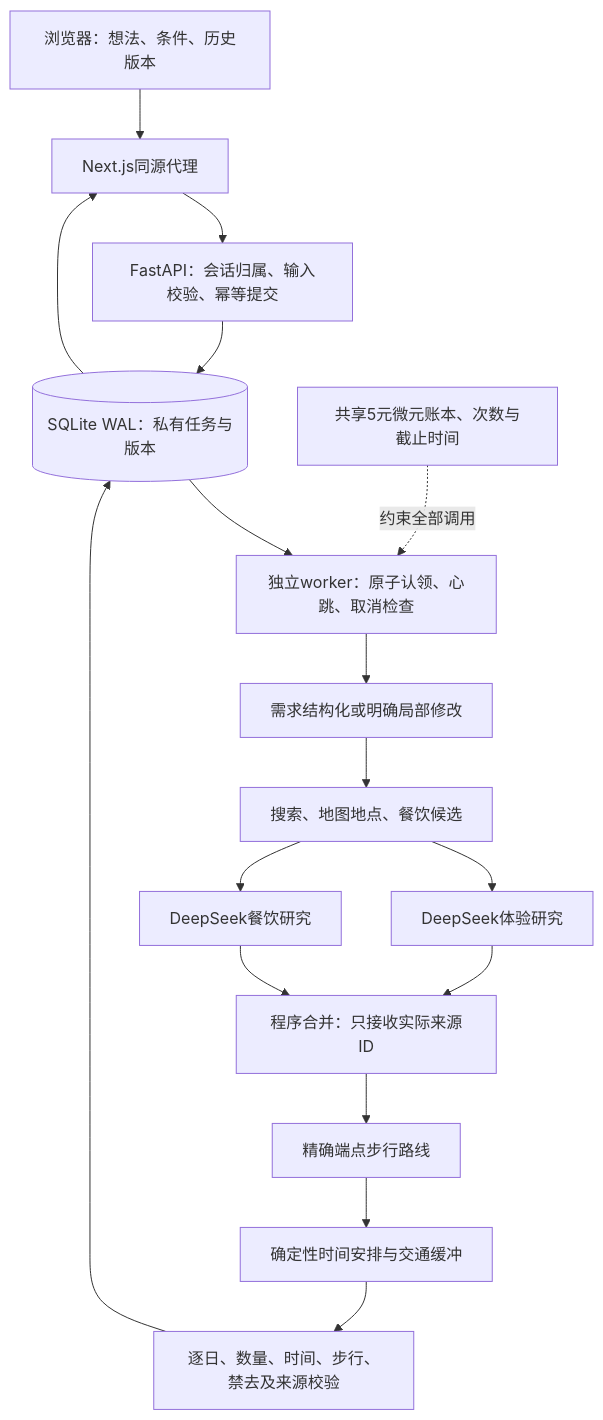
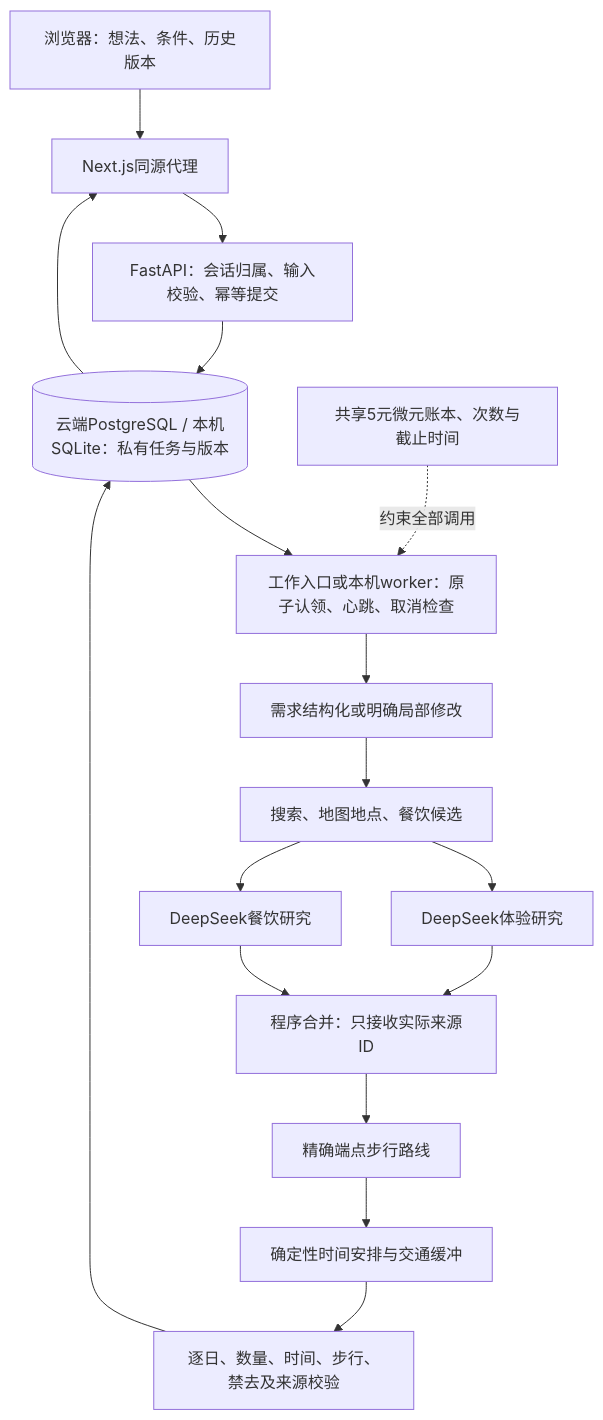
One commit to s1ty0/travel-agent changed the diagram in docs/ARCHITECTURE.md. Above: the diagram before and after it, drawn with Mermaid. The commit also changed other lines of this file and 12 other files, not shown here.

````diff
--- a/docs/ARCHITECTURE.md
+++ b/docs/ARCHITECTURE.md
@@ -5,19 +5,19 @@
 ```mermaid
 flowchart TD
     User[浏览器：想法、条件、历史版本] --> Next[Next.js同源代理]
     Next --> API[FastAPI：会话归属、输入校验、幂等提交]
-    API --> DB[(SQLite WAL：私有任务与版本)]
-    DB --> Worker[独立worker：原子认领、心跳、取消检查]
+    API --> DB[(云端PostgreSQL / 本机SQLite：私有任务与版本)]
+    DB --> Worker[工作入口或本机worker：原子认领、心跳、取消检查]
     Worker --> Intake[需求结构化或明确局部修改]
     Intake --> Sources[搜索、地图地点、餐饮候选]
     Sources --> Experience[DeepSeek体验研究]
     Sources --> Food[DeepSeek餐饮研究]
     Experience --> Join[程序合并：只接收实际来源ID]
     Food --> Join
     Join --> Routes[精确端点步行路线]
     Routes --> Schedule[确定性时间安排与交通缓冲]
     Schedule --> Validate[逐日、数量、时间、步行、禁去及来源校验]
     Validate --> DB
     DB --> Next
     Ledger[共享5元微元账本、次数与截止时间] -.约束全部调用.-> Worker
 ```
````
